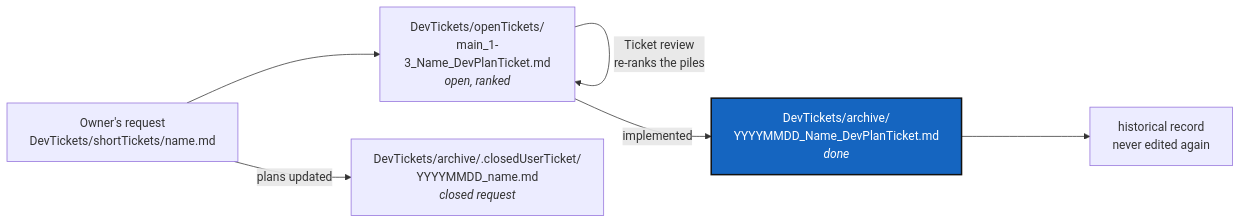
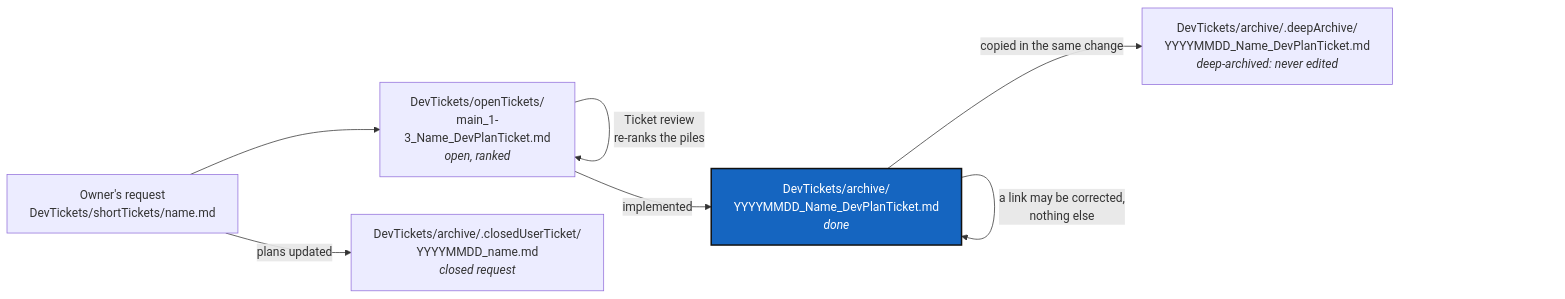
The diagram in TICKETLIFECYCLE.md (flipoyo/.ticketing), drawn with Mermaid before and after one commit. The commit also changed other lines of this file, not shown here.

Commit message:
The ticket lifecycle now keeps each archived ticket twice, a history copy whose links may be corrected and an immutable deep copy, which ends the contradiction between never editing and fixing links

````diff
--- a/TICKETLIFECYCLE.md
+++ b/TICKETLIFECYCLE.md
@@ -42,11 +42,12 @@
 ```mermaid
 graph LR
     W["Owner's request<br/>DevTickets/shortTickets/name.md"] --> A["DevTickets/openTickets/<br/>main_1-3_Name_DevPlanTicket.md<br/><i>open, ranked</i>"]
     W -->|"plans updated"| CU["DevTickets/archive/.closedUserTicket/<br/>YYYYMMDD_name.md<br/><i>closed request</i>"]
     A -->|"Ticket review<br/>re-ranks the piles"| A
     A -->|implemented| S["DevTickets/archive/<br/>YYYYMMDD_Name_DevPlanTicket.md<br/><i>done</i>"]
-    S --> H["historical record<br/>never edited again"]
+    S -->|"copied in the same change"| H["DevTickets/archive/.deepArchive/<br/>YYYYMMDD_Name_DevPlanTicket.md<br/><i>deep-archived: never edited</i>"]
+    S -->|"a link may be corrected,<br/>nothing else"| S
 
     classDef here fill:#1565C0,color:#fff,stroke:#111,stroke-width:2px;
     class S here;
 ```
````
